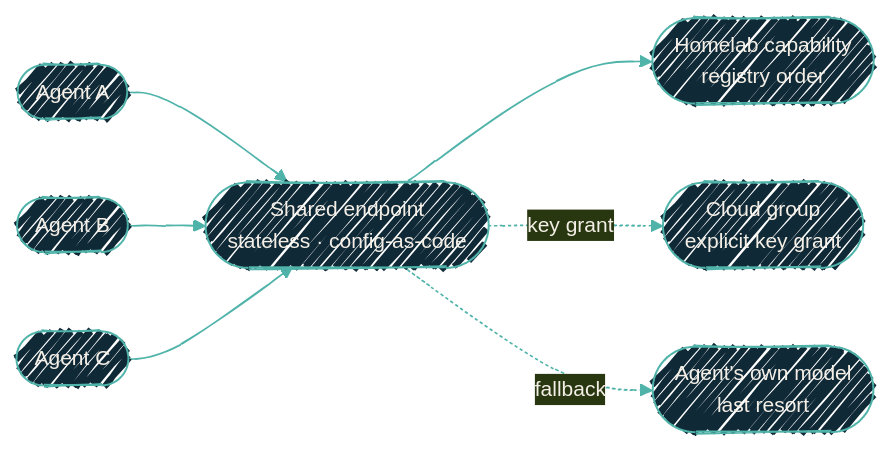
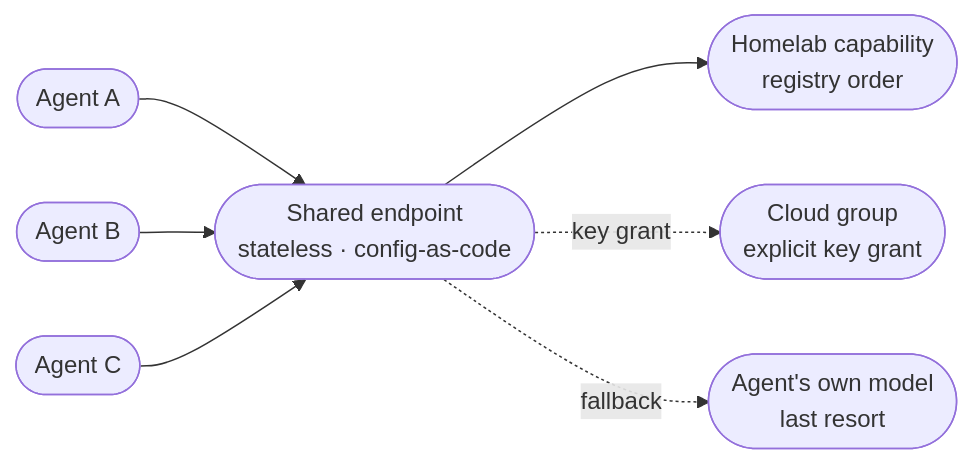
One commit to dryvist/docs changed the diagram in ai-development/model-routing.mdx. Above: the diagram before and after it, drawn with Mermaid. The commit also changed other lines of this file and 116 other files, not shown here.

````diff
--- a/ai-development/model-routing.mdx
+++ b/ai-development/model-routing.mdx
@@ -11,11 +11,18 @@
 ```mermaid
-%%{init:
-  {'theme':'base','look':'handDrawn','themeVariables':{'fontFamily':'Geist','fontSize':'14px','primaryColor':'#102937','primaryTextColor':'#F4EFE6','primaryBorderColor':'#4FB3A9','lineColor':'#4FB3A9'}}}%%
-  flowchart LR
+%%{init: {"theme":"base","look":"handDrawn","themeVariables":{"primaryColor":"#123a36","primaryTextColor":"#f4efe6","primaryBorderColor":"#4fb3a9","lineColor":"#4fb3a9","secondaryColor":"#0b1d2a","tertiaryColor":"#16293a","clusterBkg":"#08151f","clusterBorder":"#4fb3a9","fontFamily":"'Geist Sans', system-ui, -apple-system, BlinkMacSystemFont, 'Segoe UI', Roboto, sans-serif","fontSize":"14px"}}}%%
+flowchart LR
+  classDef src fill:#16293a,stroke:#e06b4a,stroke-width:2px,color:#f4efe6;
+  classDef ai fill:#16293a,stroke:#e06b4a,stroke-width:2px,color:#f4efe6;
+  classDef gate fill:#16293a,stroke:#e06b4a,stroke-width:2.5px,color:#f4efe6;
+  classDef hop fill:#16293a,stroke:#4fb3a9,stroke-width:2px,color:#f4efe6;
+  classDef host fill:#16293a,stroke:#4fb3a9,stroke-width:2px,color:#f4efe6;
+  classDef sink fill:#16293a,stroke:#f4efe6,stroke-width:2px,color:#f4efe6;
+  classDef auto fill:#16293a,stroke:#f4efe6,stroke-width:1.5px,color:#f4efe6;
+  classDef external fill:#16293a,stroke:#e6b35a,stroke-width:2px,color:#f4efe6;
   A1([Agent A]) --> EP([Shared endpoint<br/>stateless · config-as-code])
   A2([Agent B]) --> EP
   A3([Agent C]) --> EP
   EP --> L([Homelab capability<br/>registry order])
   EP -.key grant.-> X([Cloud group<br/>explicit key grant])
   EP -.fallback.-> S([Agent's own model<br/>last resort])
 ```
````
